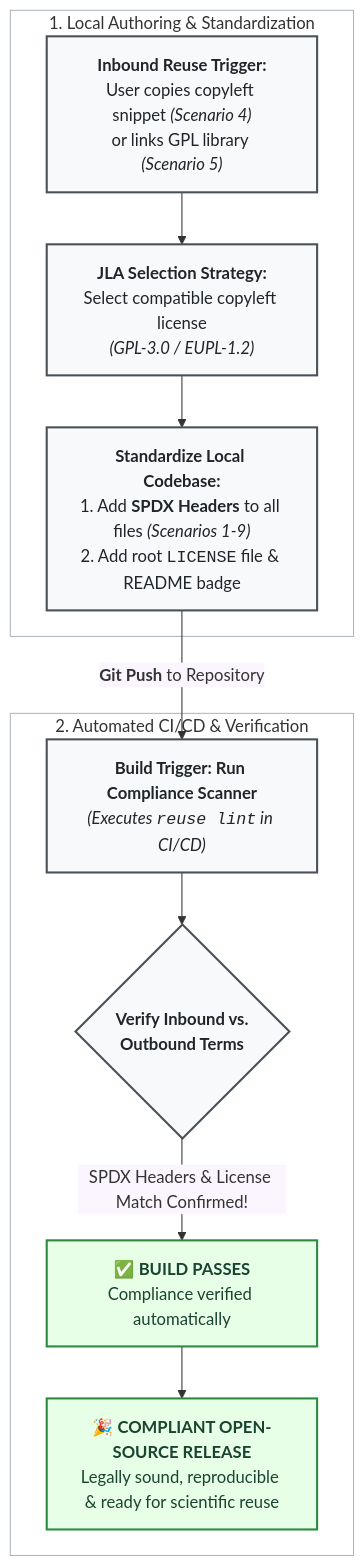
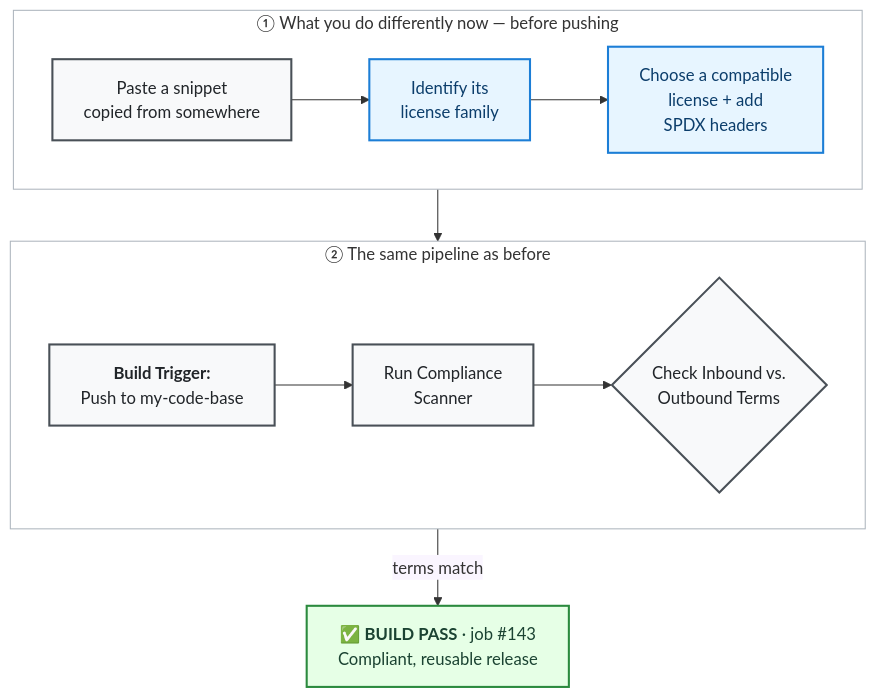
One commit to coderefinery/social-coding changed the third of 3 diagrams in content/software-licensing.md. Above: the diagram before and after it, drawn with Mermaid. The commit also changed other lines of this file, not shown here.

Commit message:
Make the conclusion coherent with intro

````diff
--- a/content/software-licensing.md
+++ b/content/software-licensing.md
@@ -615,29 +615,27 @@
 ```{mermaid}
-
-%%{init: {'themeVariables': { 'edgeLabelBackground': '#faf5ff' }}}%%
+%%{init: {'themeVariables': { 'edgeLabelBackground': '#faf5ff', 'fontSize': '16px' }}}%%
 flowchart TB
 
-    subgraph local["1. Local Authoring & Standardization"]
-        A["<b>Inbound Reuse Trigger:</b><br/>User copies copyleft snippet <i>(Scenario 4)</i><br/>or links GPL library <i>(Scenario 5)</i>"] --> B["<b>JLA Selection Strategy:</b><br/>Select compatible copyleft license<br/><i>(GPL-3.0 / EUPL-1.2)</i>"]
-        
-        B --> C["<b>Standardize Local Codebase:</b><br/>1. Add <b>SPDX Headers</b> to all files <i>(Scenarios 1-9)</i><br/>2. Add root <code>LICENSE</code> file & README badge"]
-    end
+  subgraph local["① What you do differently now — before pushing"]
+    direction LR
+    A["Paste a snippet<br/>copied from somewhere"] --> L["Identify its<br/>license family"] --> S["Choose a compatible<br/>license + add<br/>SPDX headers"]
+  end
 
-    subgraph cicd["2. Automated CI/CD & Verification"]
-        C -->|"<b>Git Push</b> to Repository"| D["<b>Build Trigger: Run Compliance Scanner</b><br/><i>(Executes <code>reuse lint</code> in CI/CD)</i>"]
-        
-        D --> E{"<b>Verify Inbound vs.<br/>Outbound Terms</b>"}
-        
-        E -->|"SPDX Headers & License Match Confirmed!"| F["✅ <b>BUILD PASSES</b><br/>Compliance verified automatically"]
-        
-        F --> SUCCESS["🎉 <b>COMPLIANT OPEN-SOURCE RELEASE</b><br/>Legally sound, reproducible & ready for scientific reuse"]
-    end
+  subgraph ci["② The same pipeline as before"]
+    direction LR
+    T["<b>Build Trigger:</b><br/>Push to my-code-base"] --> B["Run Compliance<br/>Scanner"] --> C{"Check Inbound vs.<br/>Outbound Terms"}
+  end
 
-    classDef pass fill:#e6ffe6,stroke:#2b8a3e,stroke-width:2px,color:#1b4332;
-    classDef neutral fill:#f8f9fa,stroke:#495057,stroke-width:2px,color:#212529;
-    classDef box_fill fill:#ffffff,stroke:#adb5bd,stroke-width:1px;
+  S --> T
+  C -->|"terms match"| P["✅ <b>BUILD PASS</b> · job #143<br/>Compliant, reusable release"]
 
-    class F,SUCCESS pass;
-    class A,B,C,D,E neutral;
-    class local,cicd box_fill;
+   classDef pass fill:#e6ffe6,stroke:#2b8a3e,stroke-width:2px,color:#1b4332;
+   classDef neutral fill:#f8f9fa,stroke:#495057,stroke-width:2px,color:#212529;
+   classDef fix fill:#e7f5ff,stroke:#1c7ed6,stroke-width:2px,color:#0b3d6b;
+   classDef box_fill fill:#ffffff,stroke:#adb5bd,stroke-width:1px;
+
+   class P pass;
+   class A,T,B,C neutral;
+   class L,S fix;
+   class local,ci box_fill;
 ```
````
